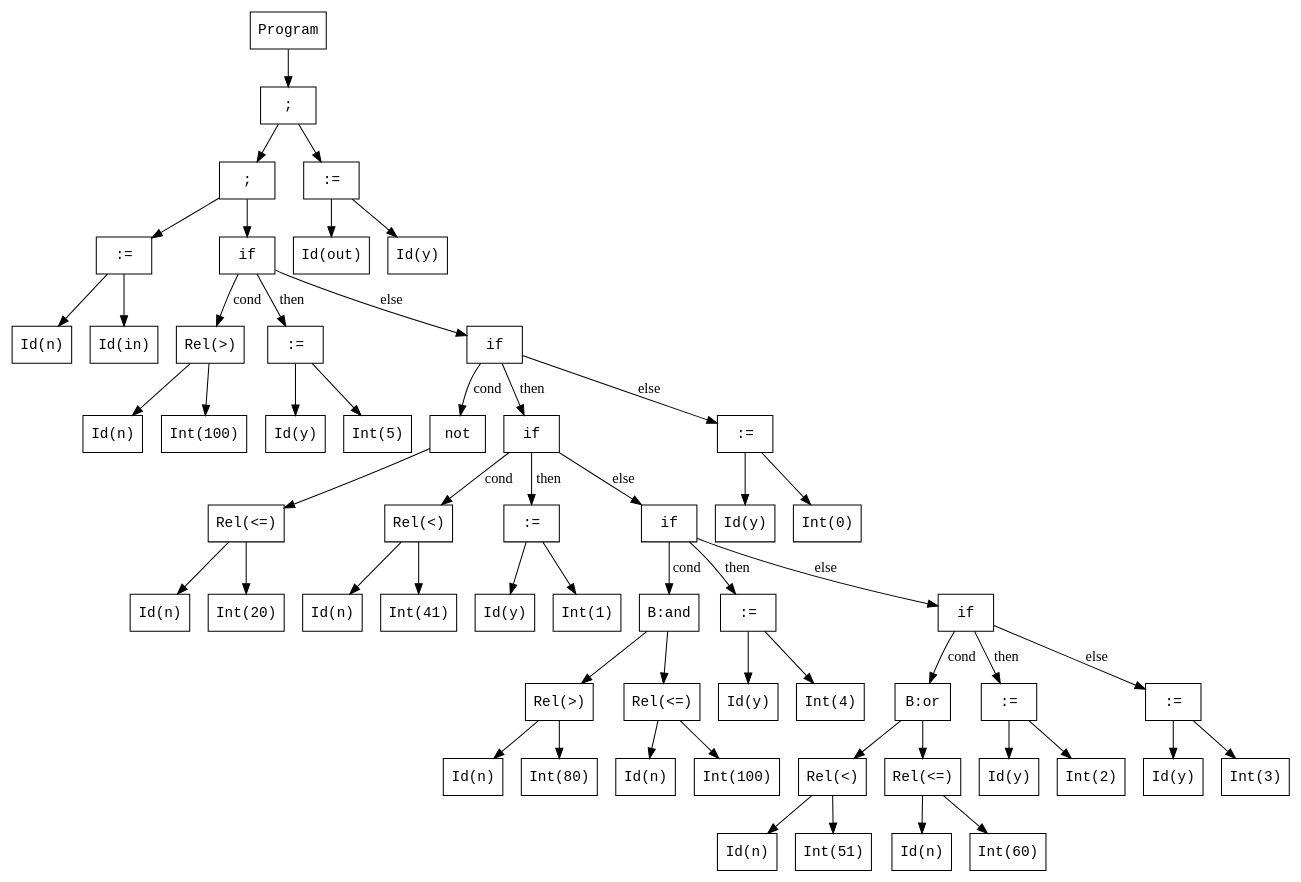
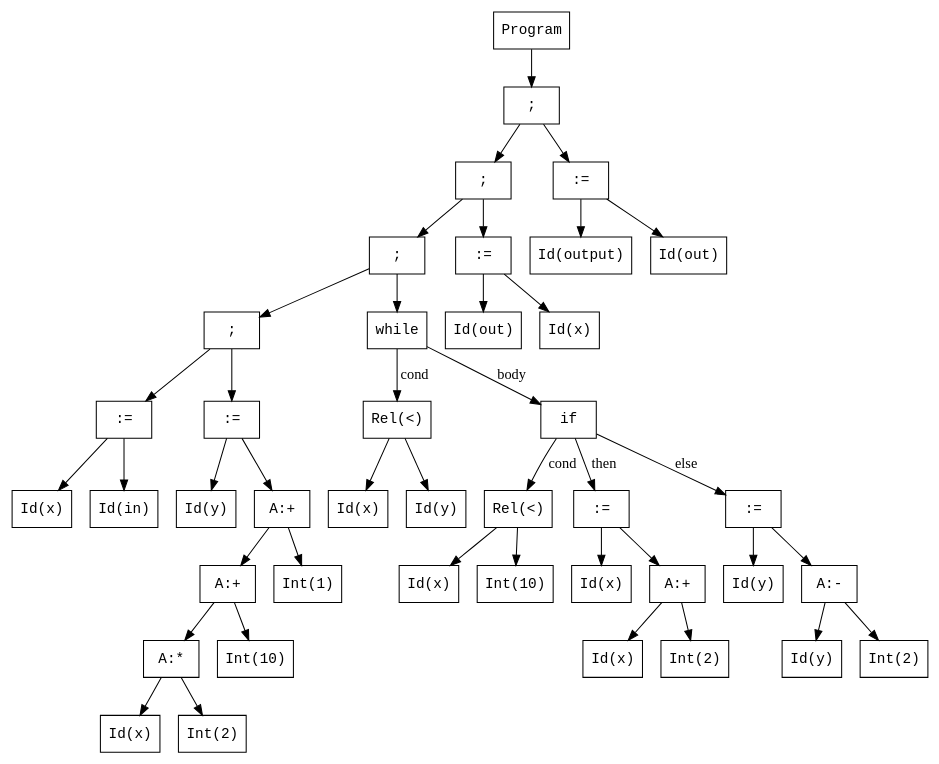
One commit to CatchSyntaxTerror/Terminators changed the diagram in ast.dot. Above: the diagram before and after it, drawn with Graphviz. The commit also changed 4 other files, not shown here.

```diff
--- a/ast.dot
+++ b/ast.dot
@@ -1,114 +1,84 @@
 digraph AST {
   node [shape=box, fontname="Courier"];
   n1 [label="Program"];
   n2 [label=";"];
   n3 [label=";"];
-  n4 [label=":="];
-  n5 [label="Id(n)"];
-  n6 [label="Id(in)"];
-  n4 -> n5;
-  n4 -> n6;
-  n7 [label="if"];
-  n8 [label="Rel(>)"];
-  n9 [label="Id(n)"];
-  n10 [label="Int(100)"];
-  n8 -> n9;
-  n8 -> n10;
-  n11 [label=":="];
-  n12 [label="Id(y)"];
-  n13 [label="Int(5)"];
+  n4 [label=";"];
+  n5 [label=";"];
+  n6 [label=":="];
+  n7 [label="Id(x)"];
+  n8 [label="Id(in)"];
+  n6 -> n7;
+  n6 -> n8;
+  n9 [label=":="];
+  n10 [label="Id(y)"];
+  n11 [label="A:+"];
+  n12 [label="A:+"];
+  n13 [label="A:*"];
+  n14 [label="Id(x)"];
+  n15 [label="Int(2)"];
+  n13 -> n14;
+  n13 -> n15;
+  n16 [label="Int(10)"];
+  n12 -> n13;
+  n12 -> n16;
+  n17 [label="Int(1)"];
   n11 -> n12;
-  n11 -> n13;
-  n14 [label="if"];
-  n15 [label="not"];
-  n16 [label="Rel(<=)"];
-  n17 [label="Id(n)"];
-  n18 [label="Int(20)"];
-  n16 -> n17;
-  n16 -> n18;
-  n15 -> n16;
-  n19 [label="if"];
-  n20 [label="Rel(<)"];
-  n21 [label="Id(n)"];
-  n22 [label="Int(41)"];
-  n20 -> n21;
-  n20 -> n22;
-  n23 [label=":="];
-  n24 [label="Id(y)"];
-  n25 [label="Int(1)"];
+  n11 -> n17;
+  n9 -> n10;
+  n9 -> n11;
+  n5 -> n6;
+  n5 -> n9;
+  n18 [label="while"];
+  n19 [label="Rel(<)"];
+  n20 [label="Id(x)"];
+  n21 [label="Id(y)"];
+  n19 -> n20;
+  n19 -> n21;
+  n22 [label="if"];
+  n23 [label="Rel(<)"];
+  n24 [label="Id(x)"];
+  n25 [label="Int(10)"];
   n23 -> n24;
   n23 -> n25;
-  n26 [label="if"];
-  n27 [label="B:and"];
-  n28 [label="Rel(>)"];
-  n29 [label="Id(n)"];
-  n30 [label="Int(80)"];
+  n26 [label=":="];
+  n27 [label="Id(x)"];
+  n28 [label="A:+"];
+  n29 [label="Id(x)"];
+  n30 [label="Int(2)"];
   n28 -> n29;
   n28 -> n30;
-  n31 [label="Rel(<=)"];
-  n32 [label="Id(n)"];
-  n33 [label="Int(100)"];
+  n26 -> n27;
+  n26 -> n28;
+  n31 [label=":="];
+  n32 [label="Id(y)"];
+  n33 [label="A:-"];
+  n34 [label="Id(y)"];
+  n35 [label="Int(2)"];
+  n33 -> n34;
+  n33 -> n35;
   n31 -> n32;
   n31 -> n33;
-  n27 -> n28;
-  n27 -> n31;
-  n34 [label=":="];
-  n35 [label="Id(y)"];
-  n36 [label="Int(4)"];
-  n34 -> n35;
-  n34 -> n36;
-  n37 [label="if"];
-  n38 [label="B:or"];
-  n39 [label="Rel(<)"];
-  n40 [label="Id(n)"];
-  n41 [label="Int(51)"];
+  n22 -> n23 [label="cond"];
+  n22 -> n26 [label="then"];
+  n22 -> n31 [label="else"];
+  n18 -> n19 [label="cond"];
+  n18 -> n22 [label="body"];
+  n4 -> n5;
+  n4 -> n18;
+  n36 [label=":="];
+  n37 [label="Id(out)"];
+  n38 [label="Id(x)"];
+  n36 -> n37;
+  n36 -> n38;
+  n3 -> n4;
+  n3 -> n36;
+  n39 [label=":="];
+  n40 [label="Id(output)"];
+  n41 [label="Id(out)"];
   n39 -> n40;
   n39 -> n41;
-  n42 [label="Rel(<=)"];
-  n43 [label="Id(n)"];
-  n44 [label="Int(60)"];
-  n42 -> n43;
-  n42 -> n44;
-  n38 -> n39;
-  n38 -> n42;
-  n45 [label=":="];
-  n46 [label="Id(y)"];
-  n47 [label="Int(2)"];
-  n45 -> n46;
-  n45 -> n47;
-  n48 [label=":="];
-  n49 [label="Id(y)"];
-  n50 [label="Int(3)"];
-  n48 -> n49;
-  n48 -> n50;
-  n37 -> n38 [label="cond"];
-  n37 -> n45 [label="then"];
-  n37 -> n48 [label="else"];
-  n26 -> n27 [label="cond"];
-  n26 -> n34 [label="then"];
-  n26 -> n37 [label="else"];
-  n19 -> n20 [label="cond"];
-  n19 -> n23 [label="then"];
-  n19 -> n26 [label="else"];
-  n51 [label=":="];
-  n52 [label="Id(y)"];
-  n53 [label="Int(0)"];
-  n51 -> n52;
-  n51 -> n53;
-  n14 -> n15 [label="cond"];
-  n14 -> n19 [label="then"];
-  n14 -> n51 [label="else"];
-  n7 -> n8 [label="cond"];
-  n7 -> n11 [label="then"];
-  n7 -> n14 [label="else"];
-  n3 -> n4;
-  n3 -> n7;
-  n54 [label=":="];
-  n55 [label="Id(out)"];
-  n56 [label="Id(y)"];
-  n54 -> n55;
-  n54 -> n56;
   n2 -> n3;
-  n2 -> n54;
+  n2 -> n39;
   n1 -> n2;
 }
```
